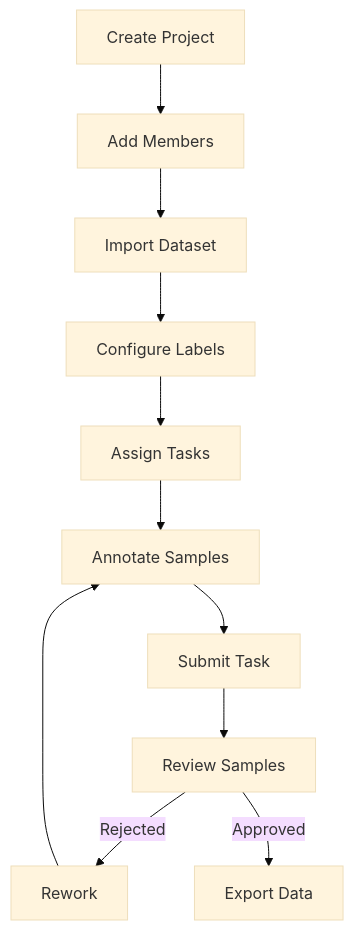
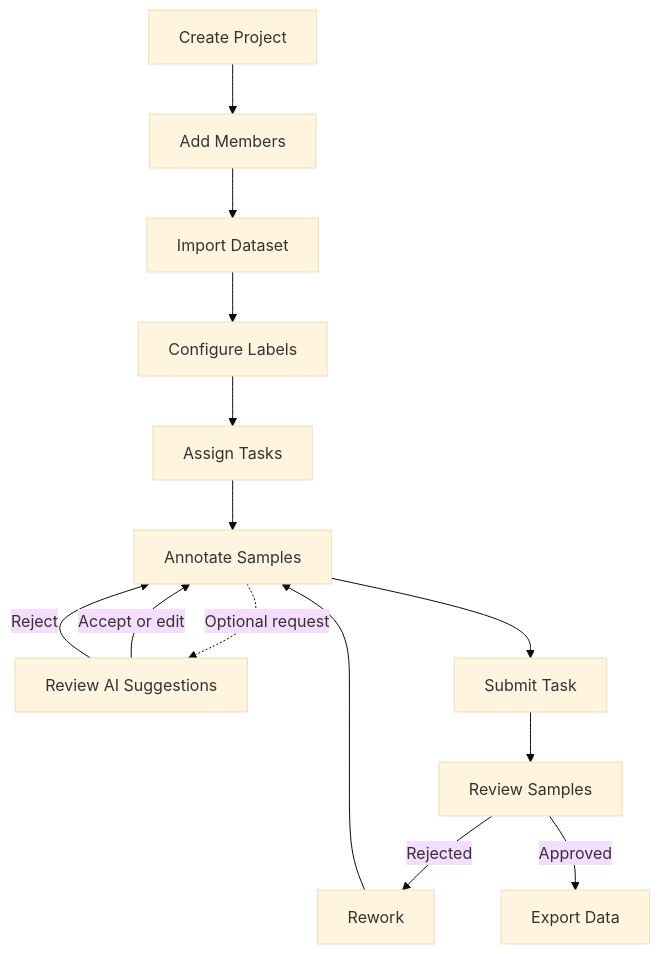
The third of 3 diagrams in THESIS_DRAFT.md (NghiemGiaHuy/TEXTLABEL_PLATFORM), drawn with Mermaid (base theme) before and after one commit. The commit also changed other lines of this file and 16 other files, not shown here.

````diff
--- a/THESIS_DRAFT.md
+++ b/THESIS_DRAFT.md
@@ -454,13 +495,16 @@
 ```mermaid
 flowchart TD
     A[Create Project] --> B[Add Members]
     B --> C[Import Dataset]
     C --> D[Configure Labels]
     D --> E[Assign Tasks]
     E --> F[Annotate Samples]
+    F -. Optional request .-> K[Review AI Suggestions]
+    K -->|Accept or edit| F
+    K -->|Reject| F
     F --> G[Submit Task]
     G --> H[Review Samples]
     H -->|Rejected| I[Rework]
     I --> F
     H -->|Approved| J[Export Data]
 ```
````
